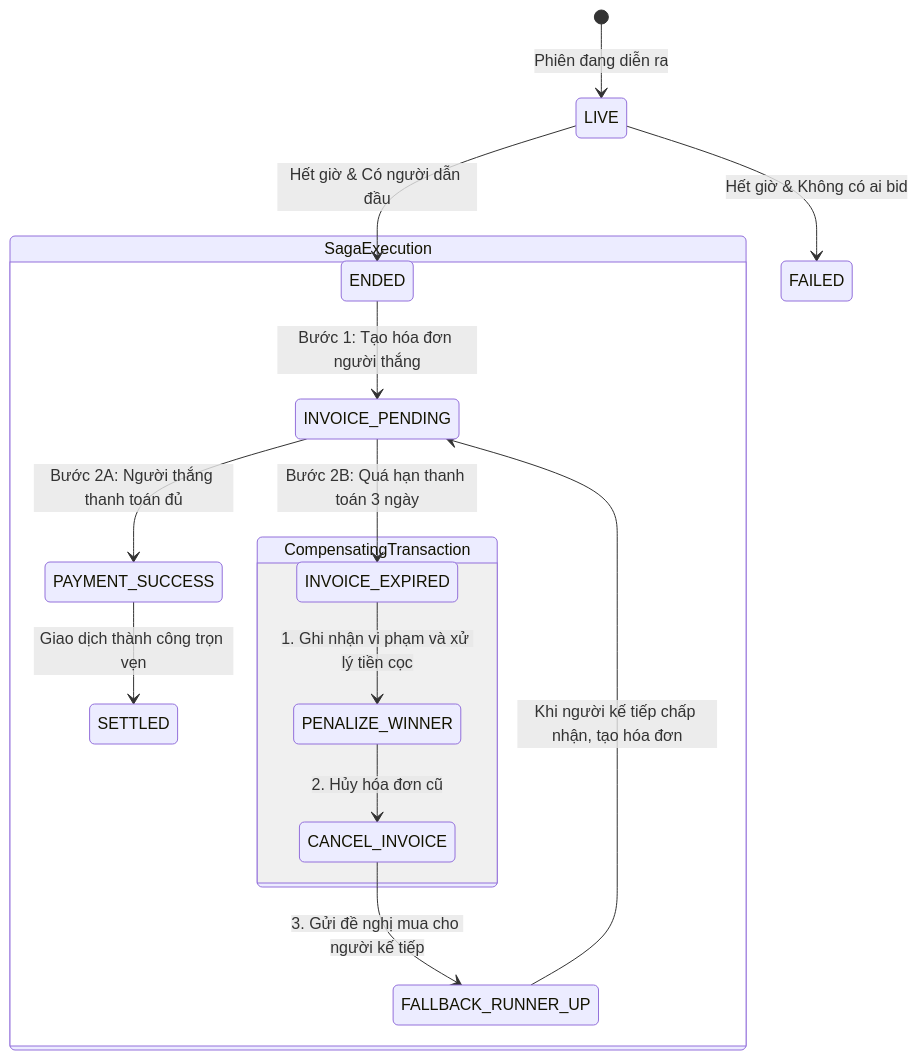
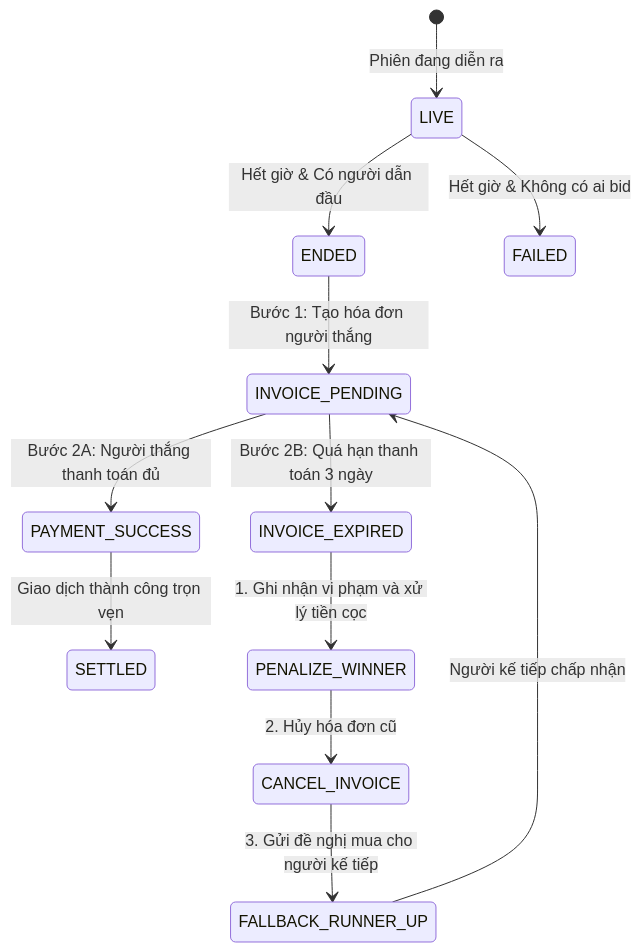
Before and after one commit to introvertkid/bidding-system: the fifth of 5 diagrams in docs/archtecture_specific.md, drawn with Mermaid. The commit also changed other lines of this file, not shown here.

Commit message:
fix(docs): fix Mermaid syntax for GitHub renderer compatibility

````diff
--- a/docs/archtecture_specific.md
+++ b/docs/archtecture_specific.md
@@ -286,21 +286,16 @@
 ```mermaid
 stateDiagram-v2
     [*] --> LIVE: Phiên đang diễn ra
     LIVE --> ENDED: Hết giờ & Có người dẫn đầu
     LIVE --> FAILED: Hết giờ & Không có ai bid
 
-    state SagaExecution {
-        ENDED --> INVOICE_PENDING: Bước 1: Tạo hóa đơn người thắng
-        INVOICE_PENDING --> PAYMENT_SUCCESS: Bước 2A: Người thắng thanh toán đủ
-        PAYMENT_SUCCESS --> SETTLED: Giao dịch thành công trọn vẹn
+    ENDED --> INVOICE_PENDING: Bước 1: Tạo hóa đơn người thắng
+    INVOICE_PENDING --> PAYMENT_SUCCESS: Bước 2A: Người thắng thanh toán đủ
+    PAYMENT_SUCCESS --> SETTLED: Giao dịch thành công trọn vẹn
 
-        INVOICE_PENDING --> INVOICE_EXPIRED: Bước 2B: Quá hạn thanh toán 3 ngày
-        
-        state CompensatingTransaction {
-            INVOICE_EXPIRED --> PENALIZE_WINNER: 1. Ghi nhận vi phạm và xử lý tiền cọc
-            PENALIZE_WINNER --> CANCEL_INVOICE: 2. Hủy hóa đơn cũ
-            CANCEL_INVOICE --> FALLBACK_RUNNER_UP: 3. Gửi đề nghị mua cho người kế tiếp
-        }
-        FALLBACK_RUNNER_UP --> INVOICE_PENDING: Khi người kế tiếp chấp nhận, tạo hóa đơn
-    }
+    INVOICE_PENDING --> INVOICE_EXPIRED: Bước 2B: Quá hạn thanh toán 3 ngày
+    INVOICE_EXPIRED --> PENALIZE_WINNER: 1. Ghi nhận vi phạm và xử lý tiền cọc
+    PENALIZE_WINNER --> CANCEL_INVOICE: 2. Hủy hóa đơn cũ
+    CANCEL_INVOICE --> FALLBACK_RUNNER_UP: 3. Gửi đề nghị mua cho người kế tiếp
+    FALLBACK_RUNNER_UP --> INVOICE_PENDING: Người kế tiếp chấp nhận
 ```
````
